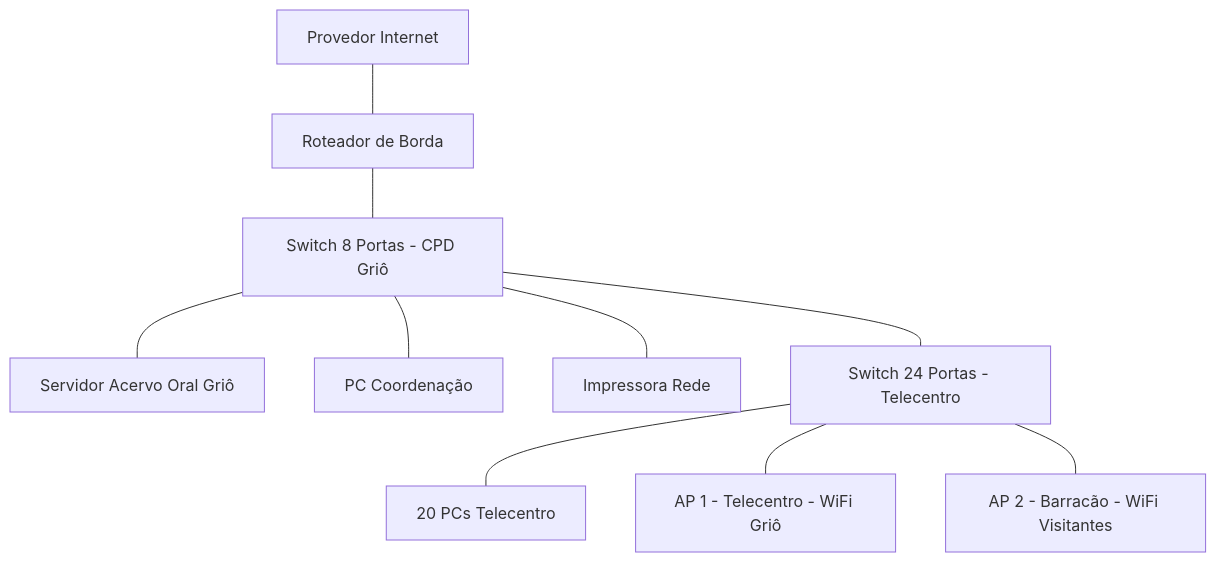
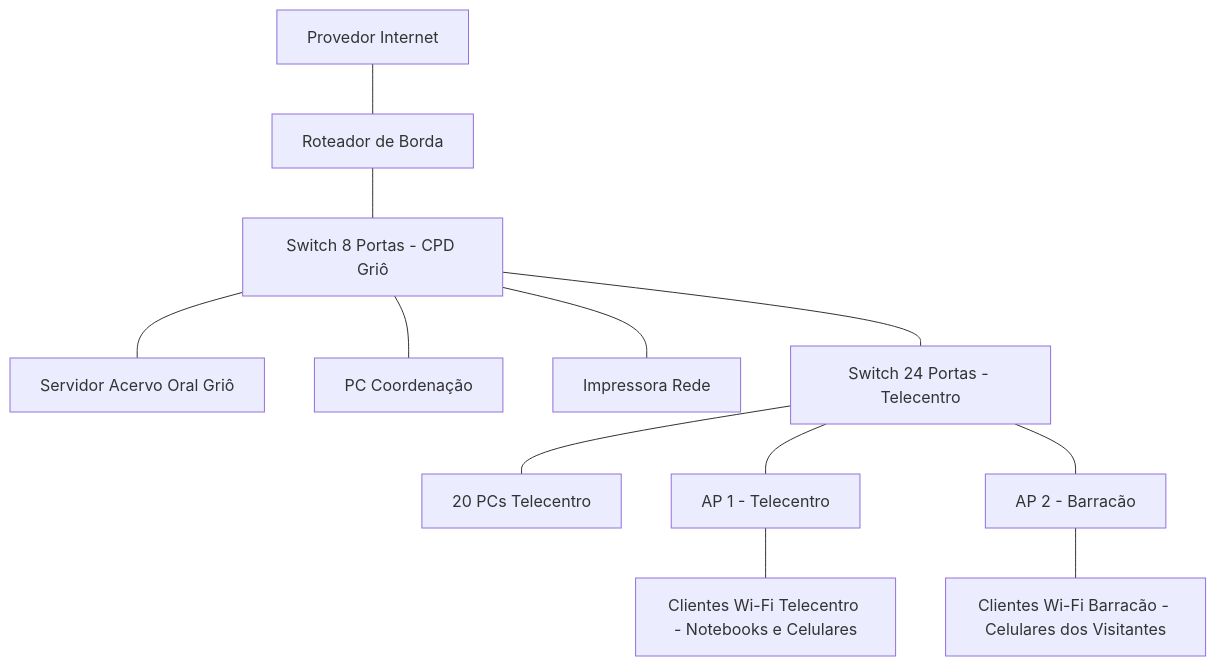
One commit to mar1a710/Entrega-do-projeto-inicial-da-rede- changed the diagram in README.md. Above: the diagram before and after it, drawn with Mermaid. The commit also changed other lines of this file, not shown here.

````diff
--- a/README.md
+++ b/README.md
@@ -118,12 +96,14 @@
 ```mermaid
 flowchart TD
     ISP["Provedor Internet"] --- ROUTER["Roteador de Borda"]
     ROUTER --- SW8["Switch 8 Portas - CPD Griô"]
     SW8 --- SRV["Servidor Acervo Oral Griô"]
     SW8 --- PCADM["PC Coordenação"]
     SW8 --- IMP["Impressora Rede"]
     SW8 --- SW24["Switch 24 Portas - Telecentro"]
     SW24 --- PCS["20 PCs Telecentro"]
-    SW24 --- AP1["AP 1 - Telecentro - WiFi Griô"]
-    SW24 --- AP2["AP 2 - Barracão - WiFi Visitantes"]
+    SW24 --- AP1["AP 1 - Telecentro"]
+    SW24 --- AP2["AP 2 - Barracão"]
+    AP1 --- CLI1["Clientes Wi-Fi Telecentro - Notebooks e Celulares"]
+    AP2 --- CLI2["Clientes Wi-Fi Barracão - Celulares dos Visitantes"]
 ```
````
